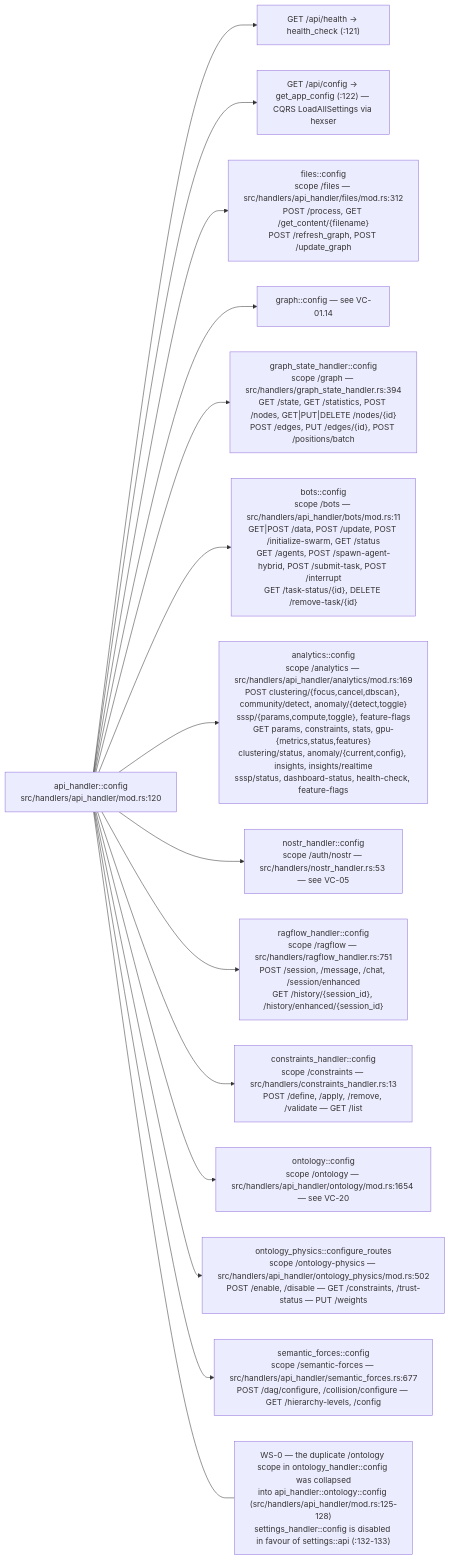
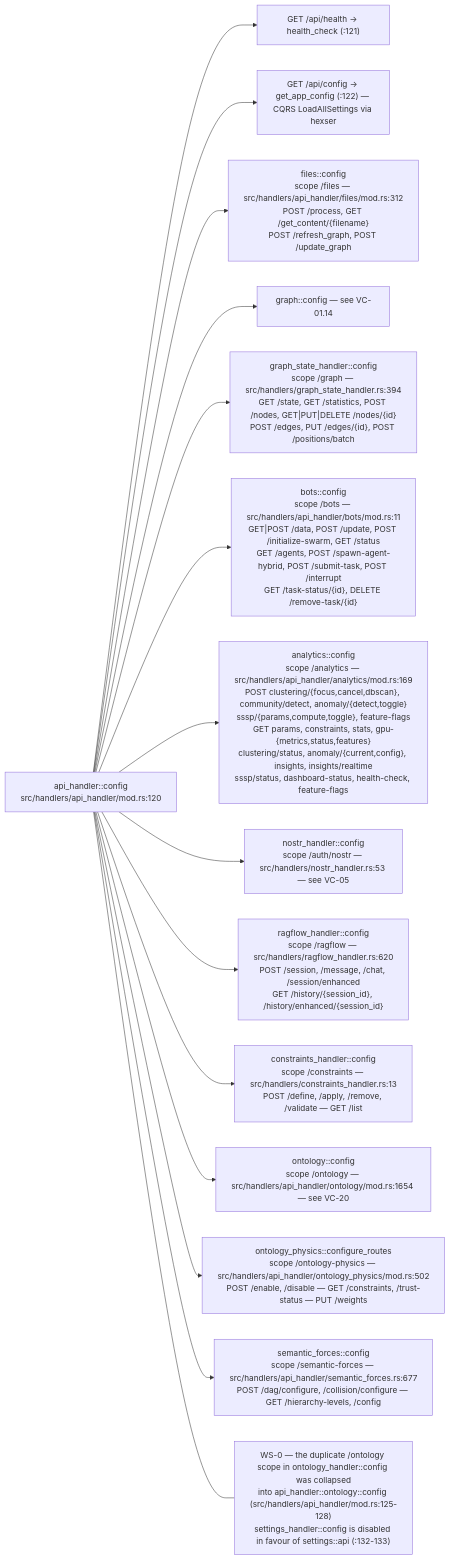
Before and after one commit to DreamLab-AI/AR-AI-Knowledge-Graph: diagram 11 of 14 in docs/diagrams/visionclaw/01-boot-and-app-state.md, drawn with Mermaid. The commit also changed other lines of this file and 172 other files, not shown here.

````diff
--- a/docs/diagrams/visionclaw/01-boot-and-app-state.md
+++ b/docs/diagrams/visionclaw/01-boot-and-app-state.md
@@ -421,19 +429,19 @@
 ```mermaid
 flowchart LR
     C["api_handler::config<br/>src/handlers/api_handler/mod.rs:120"]
     C --> A1["GET /api/health → health_check (:121)"]
     C --> A2["GET /api/config → get_app_config (:122) — CQRS LoadAllSettings via hexser"]
     C --> F["files::config<br/>scope /files — src/handlers/api_handler/files/mod.rs:312<br/>POST /process, GET /get_content/{filename}<br/>POST /refresh_graph, POST /update_graph"]
     C --> G["graph::config — see VC-01.14"]
     C --> GS["graph_state_handler::config<br/>scope /graph — src/handlers/graph_state_handler.rs:394<br/>GET /state, GET /statistics, POST /nodes, GET|PUT|DELETE /nodes/{id}<br/>POST /edges, PUT /edges/{id}, POST /positions/batch"]
     C --> B["bots::config<br/>scope /bots — src/handlers/api_handler/bots/mod.rs:11<br/>GET|POST /data, POST /update, POST /initialize-swarm, GET /status<br/>GET /agents, POST /spawn-agent-hybrid, POST /submit-task, POST /interrupt<br/>GET /task-status/{id}, DELETE /remove-task/{id}"]
     C --> AN["analytics::config<br/>scope /analytics — src/handlers/api_handler/analytics/mod.rs:169<br/>POST clustering/{focus,cancel,dbscan}, community/detect, anomaly/{detect,toggle}<br/>sssp/{params,compute,toggle}, feature-flags<br/>GET params, constraints, stats, gpu-{metrics,status,features}<br/>clustering/status, anomaly/{current,config}, insights, insights/realtime<br/>sssp/status, dashboard-status, health-check, feature-flags"]
     C --> NO["nostr_handler::config<br/>scope /auth/nostr — src/handlers/nostr_handler.rs:53 — see VC-05"]
-    C --> RF["ragflow_handler::config<br/>scope /ragflow — src/handlers/ragflow_handler.rs:751<br/>POST /session, /message, /chat, /session/enhanced<br/>GET /history/{session_id}, /history/enhanced/{session_id}"]
+    C --> RF["ragflow_handler::config<br/>scope /ragflow — src/handlers/ragflow_handler.rs:620<br/>POST /session, /message, /chat, /session/enhanced<br/>GET /history/{session_id}, /history/enhanced/{session_id}"]
     C --> CO["constraints_handler::config<br/>scope /constraints — src/handlers/constraints_handler.rs:13<br/>POST /define, /apply, /remove, /validate — GET /list"]
     C --> ON["ontology::config<br/>scope /ontology — src/handlers/api_handler/ontology/mod.rs:1654 — see VC-20"]
     C --> OP["ontology_physics::configure_routes<br/>scope /ontology-physics — src/handlers/api_handler/ontology_physics/mod.rs:502<br/>POST /enable, /disable — GET /constraints, /trust-status — PUT /weights"]
     C --> SF["semantic_forces::config<br/>scope /semantic-forces — src/handlers/api_handler/semantic_forces.rs:677<br/>POST /dag/configure, /collision/configure — GET /hierarchy-levels, /config"]
     N["WS-0 — the duplicate /ontology scope in ontology_handler::config was collapsed<br/>into api_handler::ontology::config (src/handlers/api_handler/mod.rs:125-128)<br/>settings_handler::config is disabled in favour of settings::api (:132-133)"]
     C --- N
 ```
````
